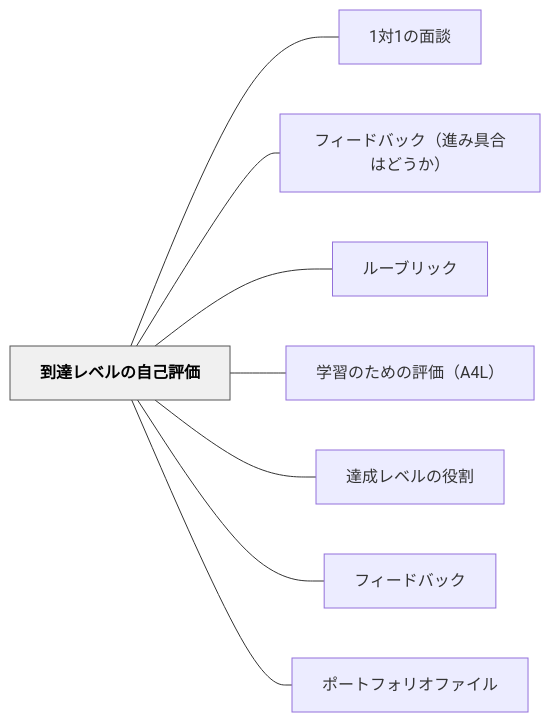
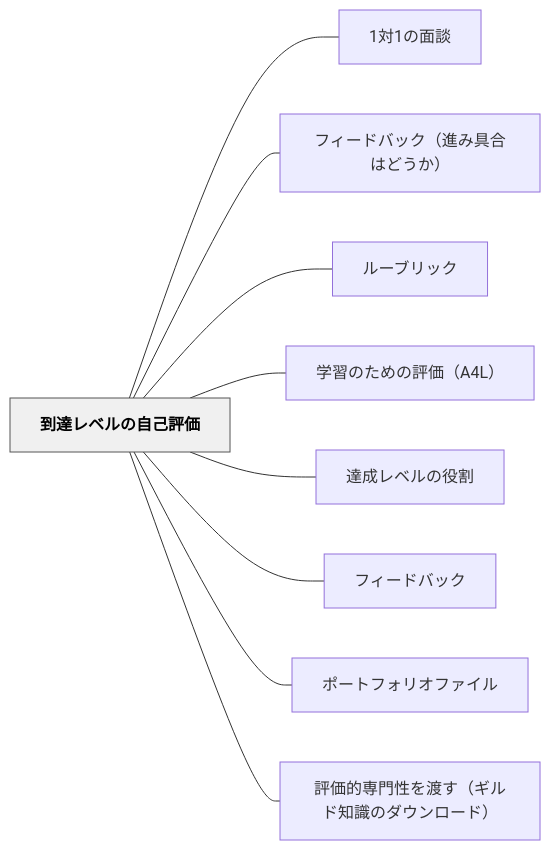
Before and after one commit to unknownthings-ed-patterns/unknownthings-ed-patterns: the diagram in content/パタン/到達レベルの自己評価.md, drawn with Mermaid. The commit also changed other lines of this file and 42 other files, not shown here.

````diff
--- a/content/パタン/到達レベルの自己評価.md
+++ b/content/パタン/到達レベルの自己評価.md
@@ -62,22 +64,24 @@
 ```mermaid
 flowchart LR
     ne588b0e98194e383ace38399e383abe381aee887aae5b7b1e8a995e4bea1["到達レベルの自己評価"]
     n31e5afbe31e381aee99da2e8ab87["1対1の面談"]
     ne38395e382a3e383bce38389e38390e38383e382afefbc88e980b2e381bfe585b7e59088e381afe381a9e38186e3818befbc89["フィードバック（進み具合はどうか）"]
     ne383abe383bce38396e383aae38383e382af["ルーブリック"]
     ne5ada6e7bf92e381aee3819fe38281e381aee8a995e4bea1efbc8841344cefbc89["学習のための評価（A4L）"]
     ne98194e68890e383ace38399e383abe381aee5bdb9e589b2["達成レベルの役割"]
     ne38395e382a3e383bce38389e38390e38383e382af["フィードバック"]
     ne3839de383bce38388e38395e382a9e383aae382aae38395e382a1e382a4e383ab["ポートフォリオファイル"]
+    ne8a995e4bea1e79a84e5b082e99680e680a7e38292e6b8a1e38199efbc88e382aee383abe38389e79fa5e8ad98e381aee38380e382a6e383b3e383ade383bce38389efbc89["評価的専門性を渡す（ギルド知識のダウンロード）"]
 
     ne588b0e98194e383ace38399e383abe381aee887aae5b7b1e8a995e4bea1 --- n31e5afbe31e381aee99da2e8ab87
     ne588b0e98194e383ace38399e383abe381aee887aae5b7b1e8a995e4bea1 --- ne38395e382a3e383bce38389e38390e38383e382afefbc88e980b2e381bfe585b7e59088e381afe381a9e38186e3818befbc89
     ne588b0e98194e383ace38399e383abe381aee887aae5b7b1e8a995e4bea1 --- ne383abe383bce38396e383aae38383e382af
     ne588b0e98194e383ace38399e383abe381aee887aae5b7b1e8a995e4bea1 --- ne5ada6e7bf92e381aee3819fe38281e381aee8a995e4bea1efbc8841344cefbc89
     ne588b0e98194e383ace38399e383abe381aee887aae5b7b1e8a995e4bea1 --- ne98194e68890e383ace38399e383abe381aee5bdb9e589b2
     ne588b0e98194e383ace38399e383abe381aee887aae5b7b1e8a995e4bea1 --- ne38395e382a3e383bce38389e38390e38383e382af
     ne588b0e98194e383ace38399e383abe381aee887aae5b7b1e8a995e4bea1 --- ne3839de383bce38388e38395e382a9e383aae382aae38395e382a1e382a4e383ab
+    ne588b0e98194e383ace38399e383abe381aee887aae5b7b1e8a995e4bea1 --- ne8a995e4bea1e79a84e5b082e99680e680a7e38292e6b8a1e38199efbc88e382aee383abe38389e79fa5e8ad98e381aee38380e382a6e383b3e383ade383bce38389efbc89
 
     classDef hub fill:#f0f0f0,stroke:#555,color:#000,font-weight:bold
     class ne588b0e98194e383ace38399e383abe381aee887aae5b7b1e8a995e4bea1 hub
 ```
````
